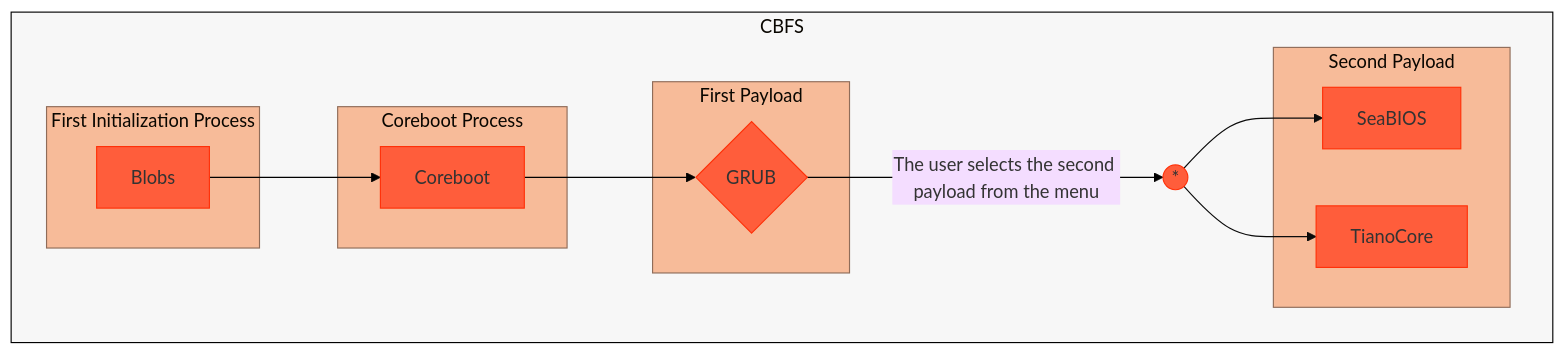
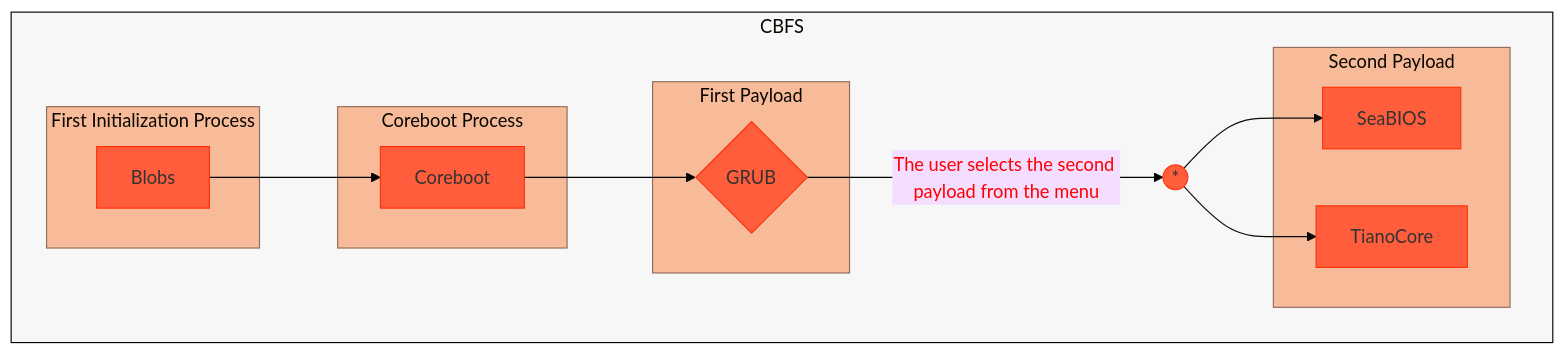
One commit to Ch3ckm4t3C1ph3r/Lenovo-Ideapad-320-14ISK-_Coreboot-Adaptation_ changed the diagram in README.md. Above: the diagram before and after it, drawn with Mermaid.

Commit message:
Fix edgeStyle background color definition in README

````diff
--- a/README.md
+++ b/README.md
@@ -104,44 +104,44 @@
 ```mermaid
 ---
 config:
   theme: 'base'
 ---
 flowchart LR;
     %% Definition of style (and class of style) of each element by id (or by class name)
     style cbfs fill:#f7f7f7,stroke:#000000,stroke-width:1px;
     classDef sbgStyle fill:#F7BB99,stroke:#8F6C59,stroke-width:1px
     classDef nodeStyle fill:#FF5D3B,stroke:#FF3008,stroke-width:1px
-    classDef edgeStyle fill:#000000,stroke:#000000,stroke-width:1px,background-color:#ff0000
+    classDef edgeStyle fill:#000000,stroke:#000000,stroke-width:1px,color:#ff0000
     
     subgraph cbfs[CBFS]
         direction LR
 
         %% Not publicly documented boot process
         subgraph sbg1[First Initialization Process]
         n1[Blobs]
         end
 
         n1[Blobs] e1@--> n2[Coreboot]
 
         subgraph sbg2[Coreboot Process]
         n2[Coreboot]
         end
     
         n2[Coreboot] e2@--> p1{GRUB}
     
         subgraph sbg3[First Payload]
         p1{GRUB}
         end
         
         p1{GRUB} e3@--The user selects the second payload from the menu--> UNION((*)) e4@--> p2_1[SeaBIOS] & p2_2[TianoCore]
     
         subgraph sbg4[Second Payload]
         p2_1[SeaBIOS] & p2_2[TianoCore]
         end
     end
 
     %% Defining the members of each class
     class sbg1,sbg2,sbg3,sbg4 sbgStyle
     class n1,n2,p1,p2_1,p2_2,UNION nodeStyle
     class e1,e2,e3 edgeStyle
 ```
````
